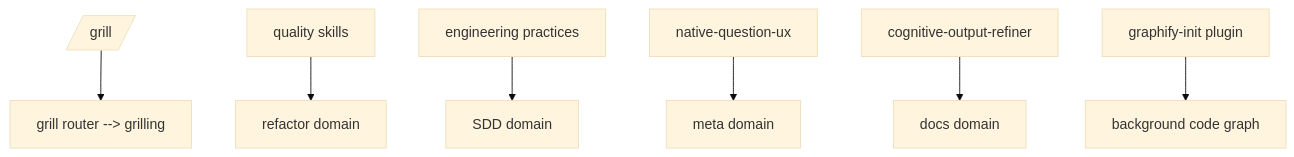
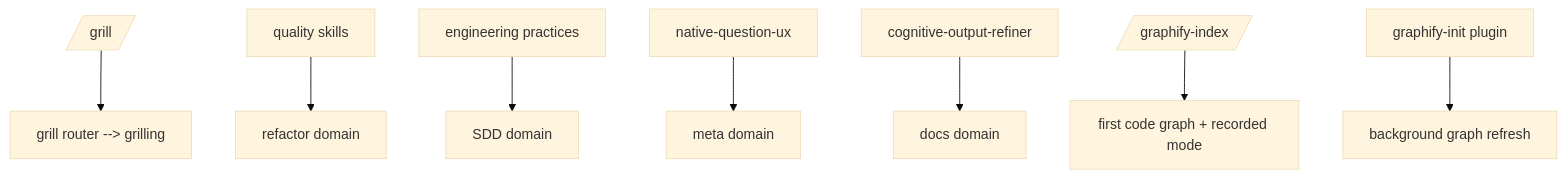
The diagram in domains/common/README.md (andresnator/agents-orchestrator), drawn with Mermaid (base theme) before and after one commit. The commit also changed other lines of this file and 25 other files, not shown here.

First line of the commit message:
feat: human-gated Graphify indexing, MCP-first agent queries, cross-repo global graph

````diff
--- a/domains/common/README.md
+++ b/domains/common/README.md
@@ -43,9 +44,10 @@
 ```mermaid
 graph TD
   grillcmd[/grill/] --> grillskill[grill router --> grilling]
   quality[quality skills] --> refactor[refactor domain]
   practices[engineering practices] --> sdd[SDD domain]
   native[native-question-ux] --> meta[meta domain]
   output[cognitive-output-refiner] --> docs[docs domain]
-  graphify[graphify-init plugin] --> index[background code graph]
+  graphifycmd[/graphify-index/] --> index[first code graph + recorded mode]
+  graphify[graphify-init plugin] --> refresh[background graph refresh]
 ```
````
